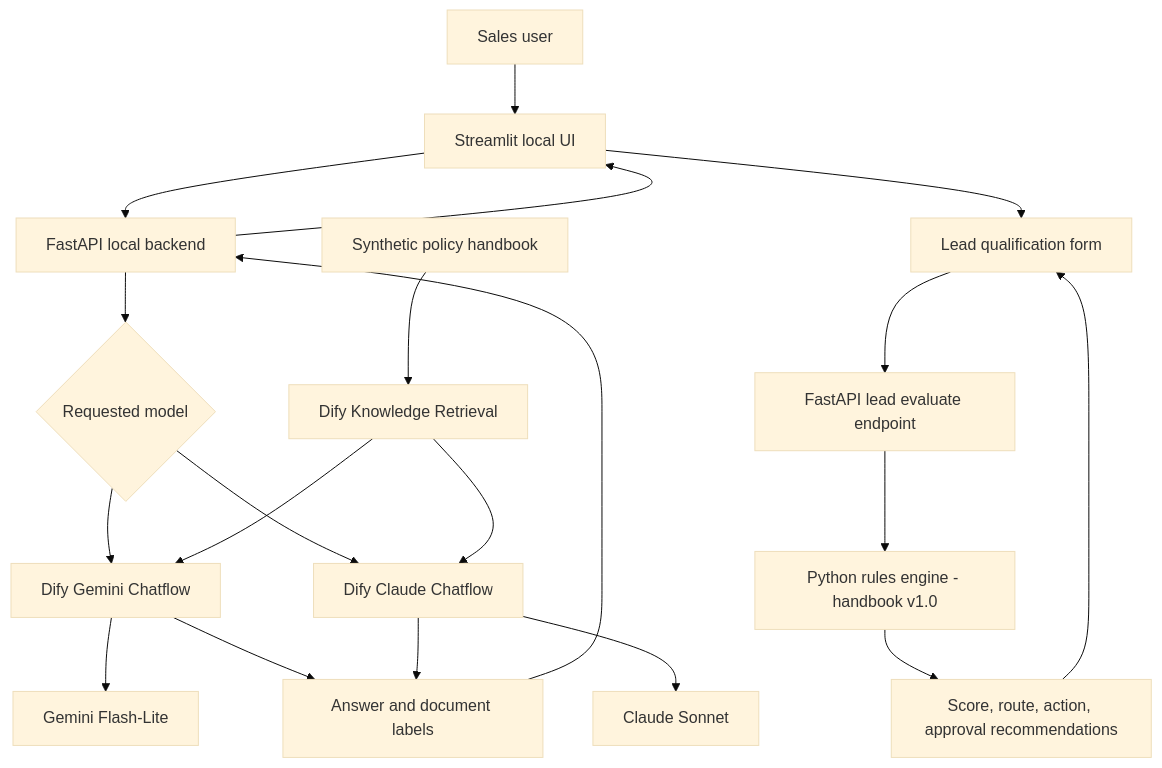
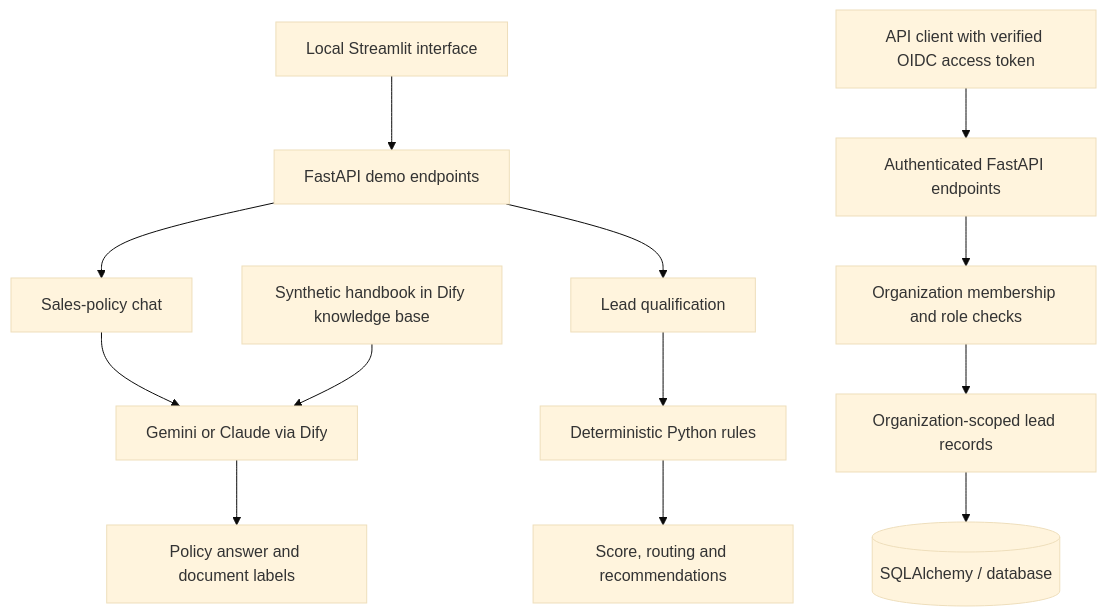
The diagram in README.md (FerhatU9/AllSalesCRM-AI), drawn with Mermaid (base theme) before and after one commit. The commit also changed other lines of this file, not shown here.

Commit message:
AllSales CRM

````diff
--- a/README.md
+++ b/README.md
@@ -28,22 +24,16 @@
 ```mermaid
 flowchart TD
-    A[Sales user] --> B[Streamlit local UI]
-    B --> C[FastAPI local backend]
-    B --> J[Lead qualification form]
-    J --> M[FastAPI lead evaluate endpoint]
-    M --> N[Python rules engine - handbook v1.0]
-    N --> O[Score, route, action, approval recommendations]
-    O --> J
-    C --> D{Requested model}
-    D --> E[Dify Gemini Chatflow]
-    D --> F[Dify Claude Chatflow]
-    E --> G[Gemini Flash-Lite]
-    F --> H[Claude Sonnet]
-    K[Synthetic policy handbook] --> L[Dify Knowledge Retrieval]
-    L --> E
-    L --> F
-    E --> I[Answer and document labels]
-    F --> I
-    I --> C
-    C --> B
+    A[Local Streamlit interface] --> B[FastAPI demo endpoints]
+    B --> C[Sales-policy chat]
+    B --> D[Lead qualification]
+    C --> E[Gemini or Claude via Dify]
+    K[Synthetic handbook in Dify knowledge base] --> E
+    D --> F[Deterministic Python rules]
+    E --> G[Policy answer and document labels]
+    F --> H[Score, routing and recommendations]
+
+    I[API client with verified OIDC access token] --> J[Authenticated FastAPI endpoints]
+    J --> L[Organization membership and role checks]
+    L --> M[Organization-scoped lead records]
+    M --> N[(SQLAlchemy / database)]
 ```
````
